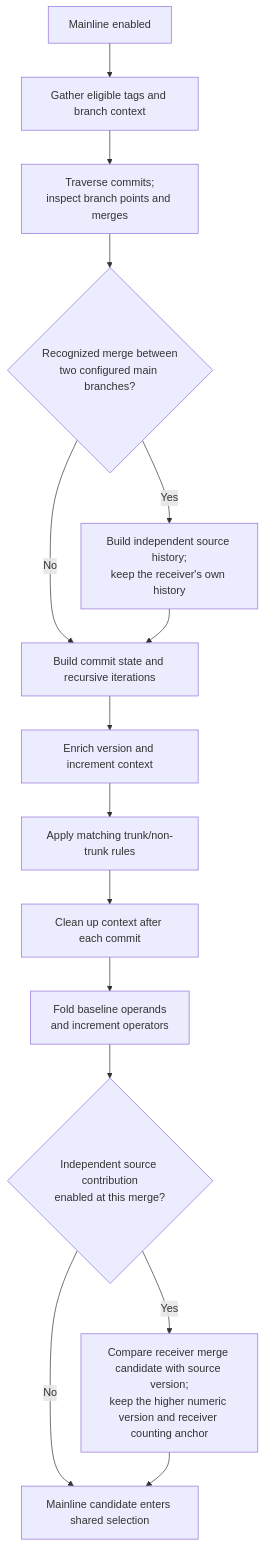
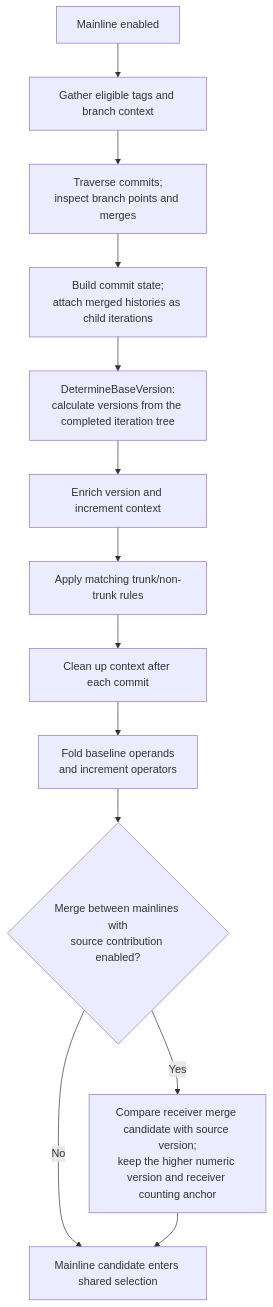
The diagram in docs/diagrams/VersionCalculation_Mainline.mmd (GitTools/GitVersion), drawn with Mermaid before and after one commit. The commit also changed 9 other files, not shown here.

Commit message:
refactor: calculate merged mainline versions in second phase

```diff
--- a/docs/diagrams/VersionCalculation_Mainline.mmd
+++ b/docs/diagrams/VersionCalculation_Mainline.mmd
@@ -1,15 +1,13 @@
 flowchart TD
     Enabled["Mainline enabled"] --> Tags["Gather eligible tags and branch context"]
     Tags --> Traverse["Traverse commits;<br/>inspect branch points and merges"]
-    Traverse --> MainPair{"Recognized merge between<br/>two configured main branches?"}
-    MainPair -->|No| State["Build commit state and recursive iterations"]
-    MainPair -->|Yes| Histories["Build independent source history;<br/>keep the receiver's own history"]
-    Histories --> State
-    State --> Pre["Enrich version and increment context"]
+    Traverse --> State["Build commit state;<br/>attach merged histories as child iterations"]
+    State --> Calculate["DetermineBaseVersion:<br/>calculate versions from the completed iteration tree"]
+    Calculate --> Pre["Enrich version and increment context"]
     Pre --> Rules["Apply matching trunk/non-trunk rules"]
     Rules --> Post["Clean up context after each commit"]
     Post --> Fold["Fold baseline operands<br/>and increment operators"]
-    Fold --> Source{"Independent source contribution<br/>enabled at this merge?"}
+    Fold --> Source{"Merge between mainlines with<br/>source contribution enabled?"}
     Source -->|No| Candidate["Mainline candidate enters shared selection"]
     Source -->|Yes| Floor["Compare receiver merge candidate with source version;<br/>keep the higher numeric version and receiver counting anchor"]
     Floor --> Candidate
```
